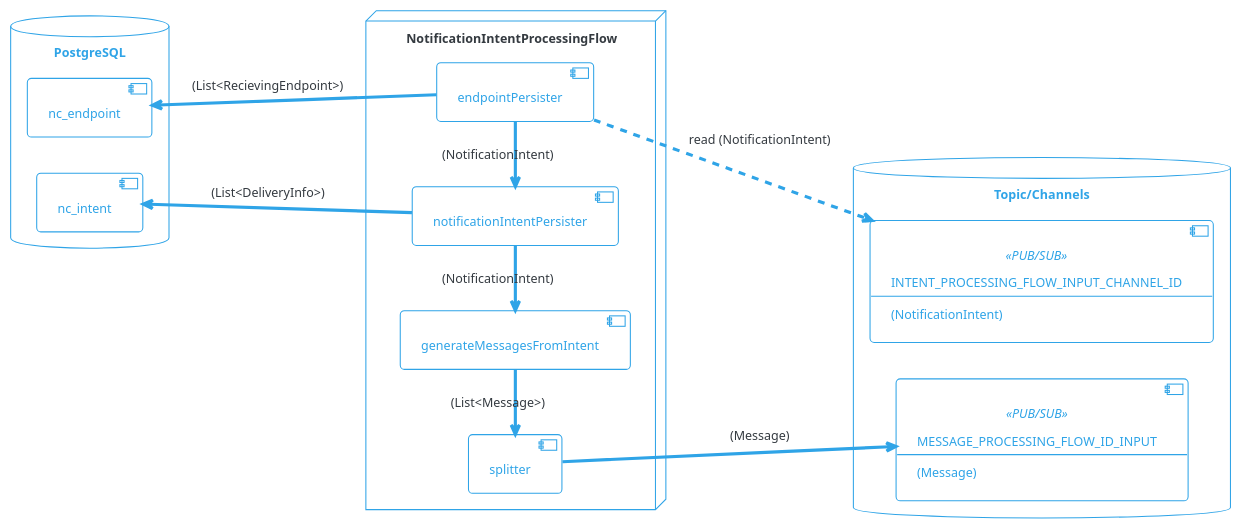
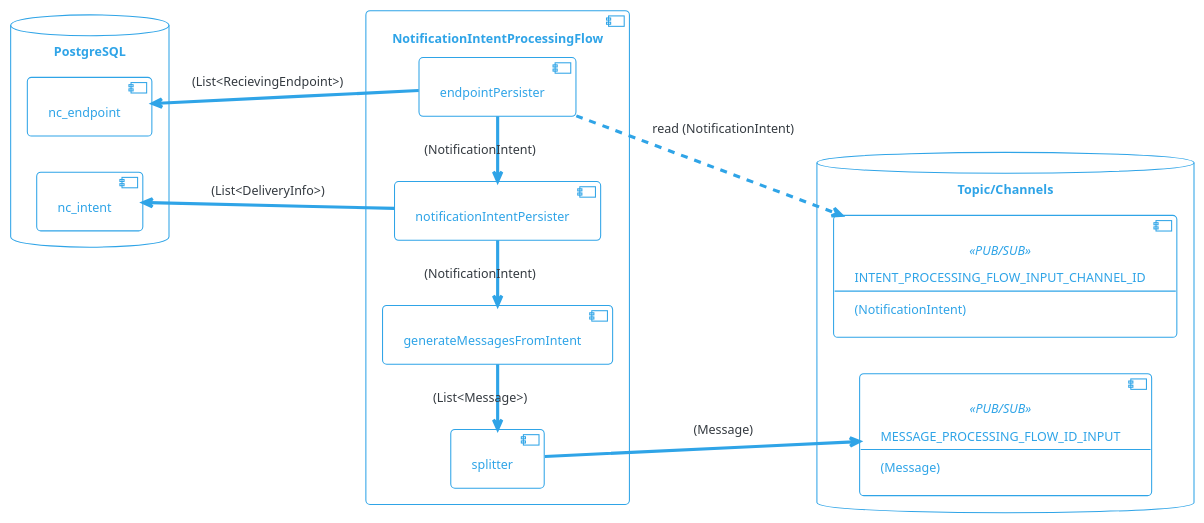
Before and after one commit to com-obj/notiflow: the diagram in diagrams/intent-processing-flow.puml, drawn with PlantUML. The commit also changed 5 other files, not shown here.

Commit message:
update diagrams

```diff
--- a/diagrams/intent-processing-flow.puml
+++ b/diagrams/intent-processing-flow.puml
@@ -1,53 +1,53 @@
 @startuml
 
 !theme cerulean-outline
 
 left to right direction
 
 skinparam component {
     backgroundColor<<user defined>> LightGray
 }
 
 database "PostgreSQL" {
     [nc_intent]
     [nc_endpoint]
 }
 
 database "Topic/Channels" {
     component INTENT_PROCESSING_FLOW_ID_INPUT<<PUB/SUB>>[
         INTENT_PROCESSING_FLOW_INPUT_CHANNEL_ID
         --
         (NotificationIntent)
     ]
 
     component MESSAGE_PROCESSING_INPUT<<PUB/SUB>>[
         MESSAGE_PROCESSING_FLOW_ID_INPUT
         --
         (Message)
     ]
 
 }
 
-node "NotificationIntentProcessingFlow" {
+component "NotificationIntentProcessingFlow" {
     [endpointPersister]
     [notificationIntentPersister]
     [splitter]
 
     [generateMessagesFromIntent]
 
 
     endpointPersister -l-> notificationIntentPersister: (NotificationIntent)
     notificationIntentPersister -l-> generateMessagesFromIntent: (NotificationIntent)
     generateMessagesFromIntent -l-> splitter: (List<Message>)
 
     endpointPersister ..> INTENT_PROCESSING_FLOW_ID_INPUT : read (NotificationIntent) 
     splitter --> MESSAGE_PROCESSING_INPUT: (Message)
 
    
     notificationIntentPersister -u-> nc_intent: (List<DeliveryInfo>)
     endpointPersister -u-> nc_endpoint: (List<RecievingEndpoint>)
 
 }
 
 
 @enduml
```
